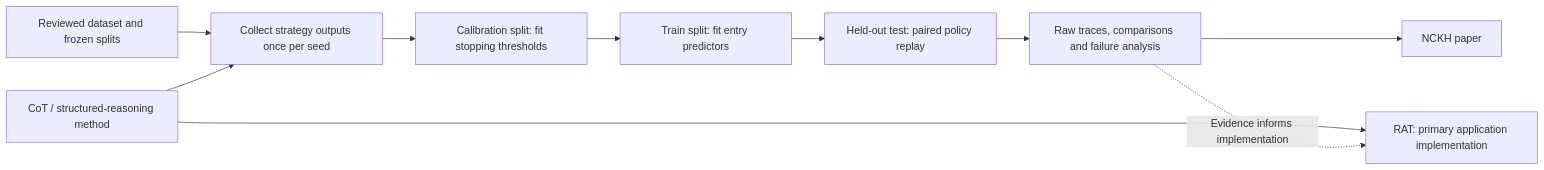
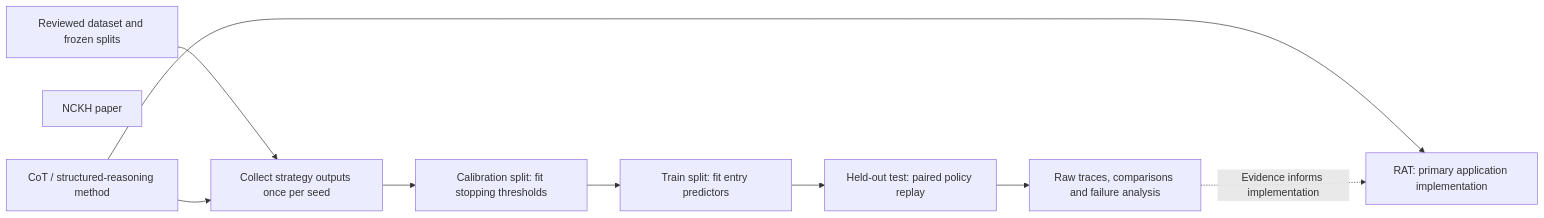
Before and after one commit to Thundercok/structured-multi-step-reasoning: the diagram in README.md, drawn with Mermaid. The commit also changed other lines of this file and 157 other files, not shown here.

Commit message:
rat-lite: release 0.5.37 with auto-bidirectional VI-EN, commercial UX and architecture cleanup

````diff
--- a/README.md
+++ b/README.md
@@ -28,12 +28,12 @@
 ```mermaid
 flowchart LR
     D[Reviewed dataset and frozen splits] --> C[Collect strategy outputs once per seed]
     C --> S[Calibration split: fit stopping thresholds]
     S --> T[Train split: fit entry predictors]
     T --> E[Held-out test: paired policy replay]
     E --> R[Raw traces, comparisons and failure analysis]
-    R --> P[NCKH paper]
+    P[NCKH paper]
     M[CoT / structured-reasoning method] --> A[RAT: primary application implementation]
     M --> C
     R -. Evidence informs implementation .-> A
 ```
````
